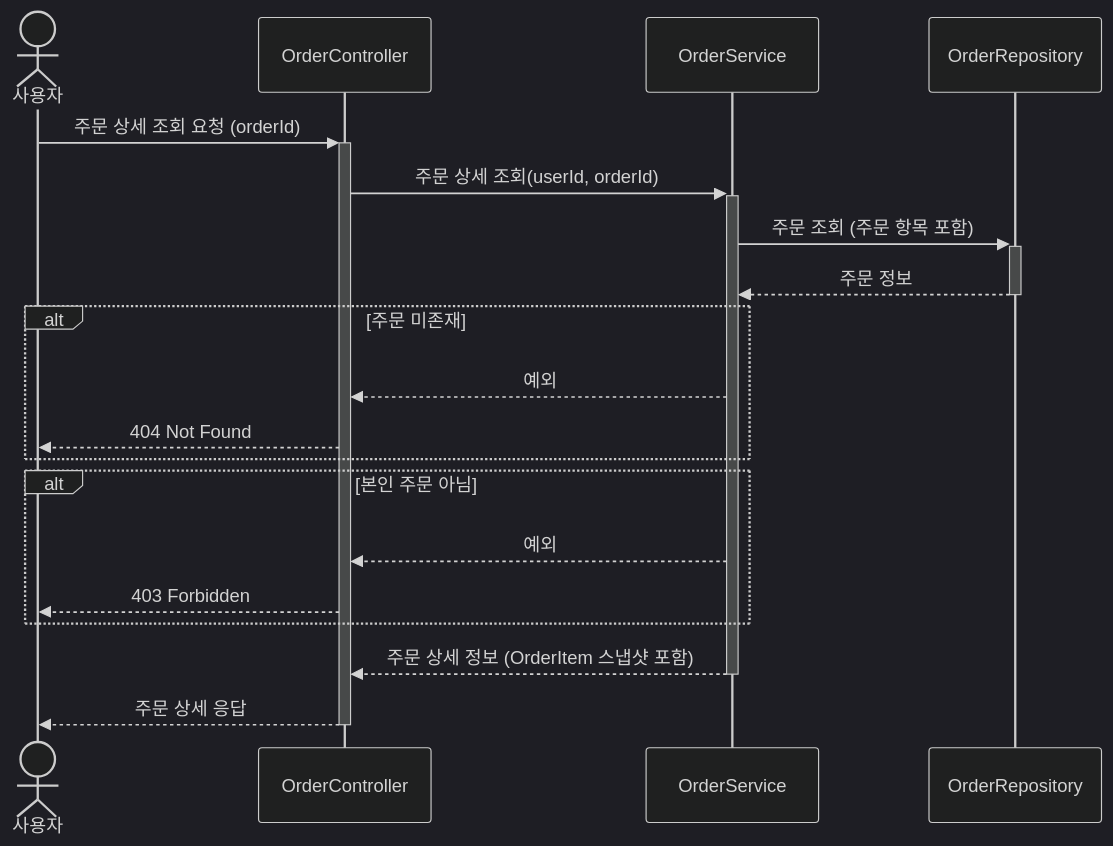
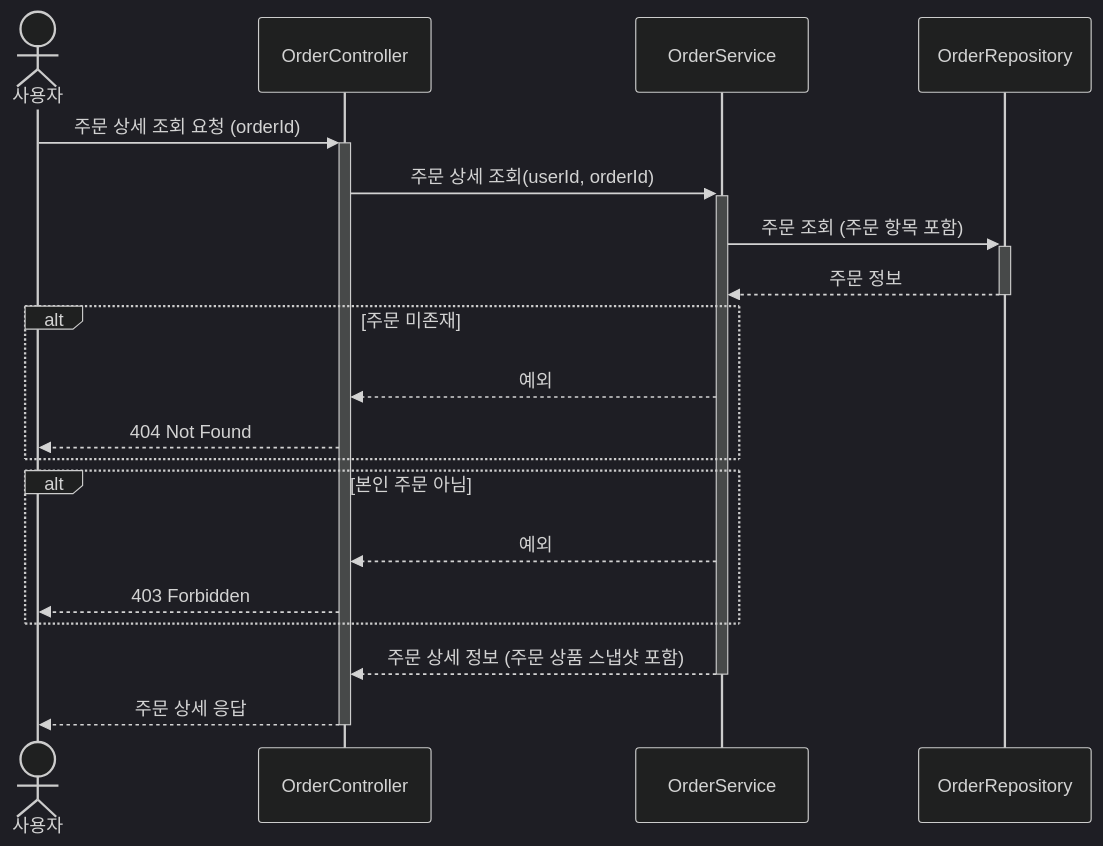
Before and after one commit to kimjunyoung90/loop-pack-be-l2-vol3-java: diagram 21 of 23 in docs/design/02-sequence-diagrams.md, drawn with Mermaid (dark theme). The commit also changed other lines of this file, not shown here.

Commit message:
docs: 문서 업데이트

````diff
--- a/docs/design/02-sequence-diagrams.md
+++ b/docs/design/02-sequence-diagrams.md
@@ -717,25 +717,25 @@
 ```mermaid
 sequenceDiagram
     actor User as 사용자
     participant OC as OrderController
     participant OS as OrderService
     participant OR as OrderRepository
 
     User->>+OC: 주문 상세 조회 요청 (orderId)
     OC->>+OS: 주문 상세 조회(userId, orderId)
     OS->>+OR: 주문 조회 (주문 항목 포함)
     OR-->>-OS: 주문 정보
 
     alt 주문 미존재
         OS-->>OC: 예외
         OC-->>User: 404 Not Found
     end
 
     alt 본인 주문 아님
         OS-->>OC: 예외
         OC-->>User: 403 Forbidden
     end
 
-    OS-->>-OC: 주문 상세 정보 (OrderItem 스냅샷 포함)
+    OS-->>-OC: 주문 상세 정보 (주문 상품 스냅샷 포함)
     OC-->>-User: 주문 상세 응답
 ```
````
